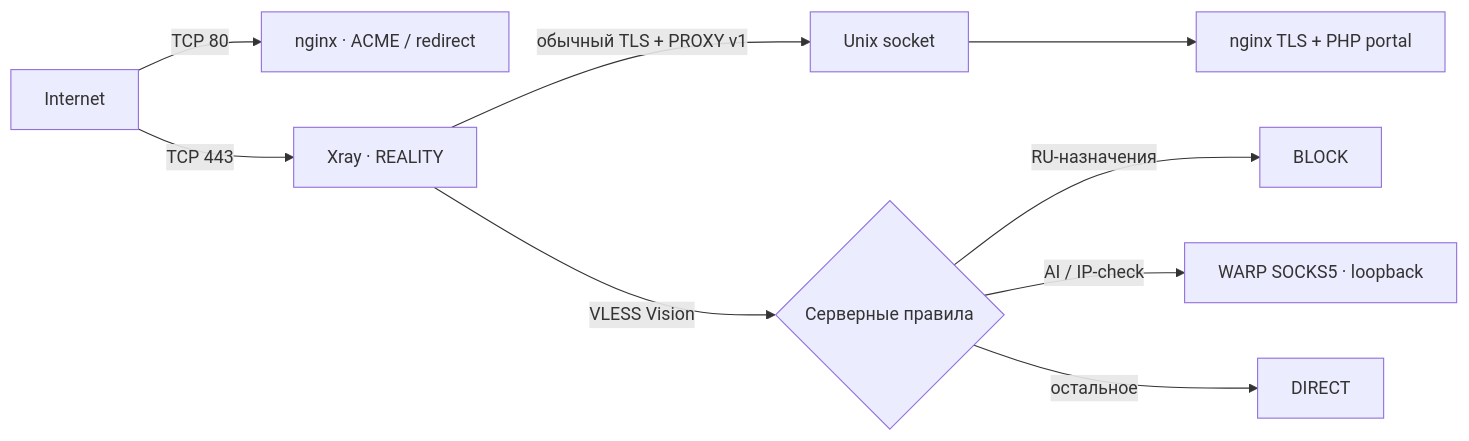
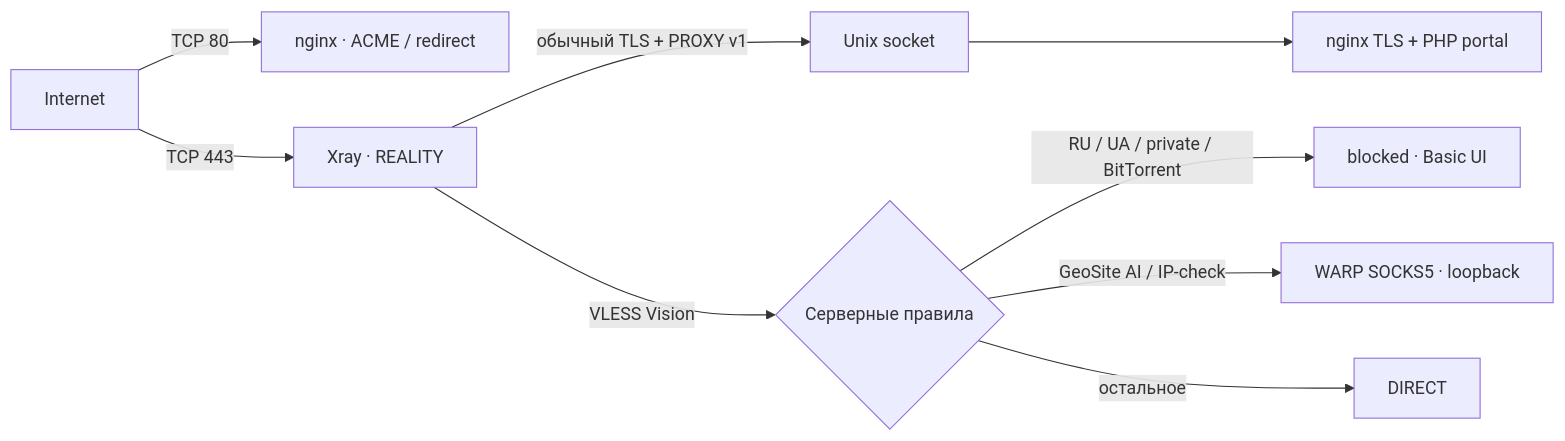
Before and after one commit to DaMistic727/Bob-auto-xray: the diagram in README.md, drawn with Mermaid. The commit also changed other lines of this file and 18 other files, not shown here.

````diff
--- a/README.md
+++ b/README.md
@@ -63,11 +63,11 @@
 ```mermaid
 flowchart LR
     Internet -->|TCP 80| HTTP[nginx · ACME / redirect]
     Internet -->|TCP 443| REALITY[Xray · REALITY]
     REALITY -->|обычный TLS + PROXY v1| Socket[Unix socket]
     Socket --> Portal[nginx TLS + PHP portal]
     REALITY -->|VLESS Vision| Rules{Серверные правила}
-    Rules -->|RU-назначения| Block[BLOCK]
-    Rules -->|AI / IP-check| WARP[WARP SOCKS5 · loopback]
+    Rules -->|RU / UA / private / BitTorrent| Block[blocked · Basic UI]
+    Rules -->|GeoSite AI / IP-check| WARP[WARP SOCKS5 · loopback]
     Rules -->|остальное| Direct[DIRECT]
 ```
````
